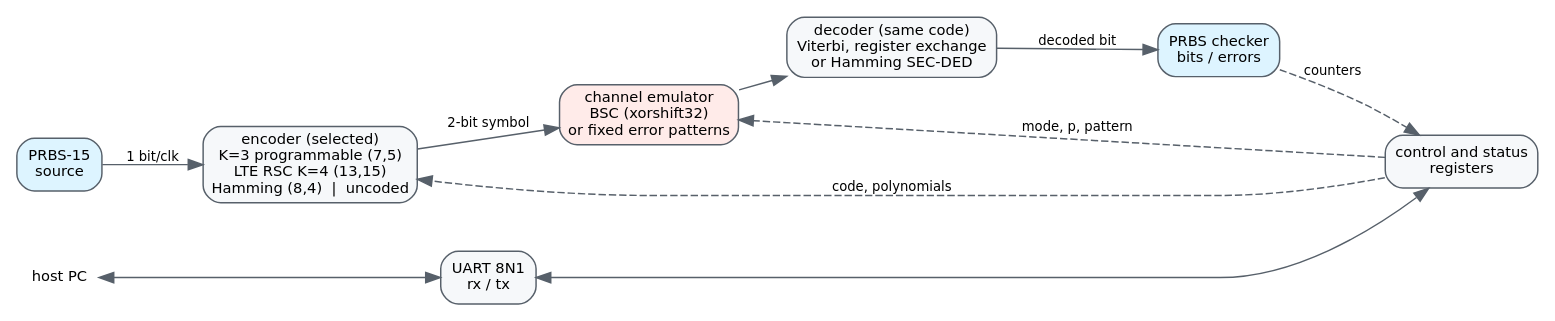
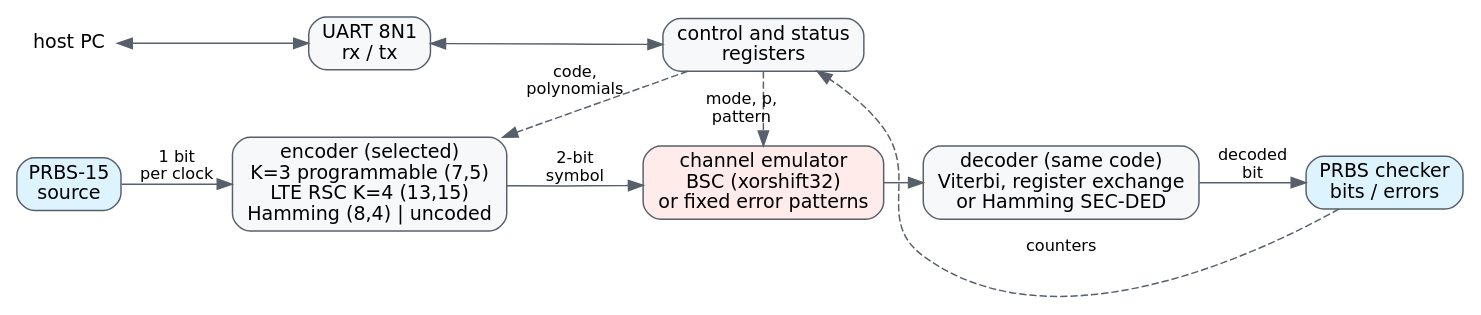
Before and after one commit to r800360/viterbi-fec-sv: the diagram in docs/block_diagram.dot, drawn with Graphviz. The commit also changed 5 other files, not shown here.

Commit message:
Fix the Graphviz figures and redraw the trellis

```diff
--- a/docs/block_diagram.dot
+++ b/docs/block_diagram.dot
@@ -1,26 +1,30 @@
-// The FEC link (rtl/fec_link_top.sv): data path left to right, host control below.
+// The FEC link (rtl/fec_link_top.sv): data path left to right, host control on a second row.
 digraph link {
-  rankdir=LR; bgcolor="white"; nodesep=0.3; ranksep=0.45; newrank=true;
-  node [shape=box, style="rounded,filled", fillcolor="#f6f8fa", color="#57606a", fontname="DejaVu Sans", fontsize=10];
-  edge [color="#57606a", fontname="DejaVu Sans", fontsize=9];
+  rankdir=LR; bgcolor="white"; nodesep=0.35; ranksep=0.35; newrank=true;
+  node [shape=box, style="rounded,filled", fillcolor="#f6f8fa", color="#57606a", fontname="DejaVu Sans", fontsize=13];
+  edge [color="#57606a", fontname="DejaVu Sans", fontsize=11];
 
   src  [label="PRBS-15\nsource", fillcolor="#ddf4ff"];
-  enc  [label="encoder (selected)\nK=3 programmable (7,5)\nLTE RSC K=4 (13,15)\nHamming (8,4)  |  uncoded"];
+  enc  [label="encoder (selected)\nK=3 programmable (7,5)\nLTE RSC K=4 (13,15)\nHamming (8,4) | uncoded"];
   ch   [label="channel emulator\nBSC (xorshift32)\nor fixed error patterns", fillcolor="#ffebe9"];
   dec  [label="decoder (same code)\nViterbi, register exchange\nor Hamming SEC-DED"];
   chk  [label="PRBS checker\nbits / errors", fillcolor="#ddf4ff"];
-  src -> enc [label="1 bit/clk"];
-  enc -> ch  [label="2-bit symbol"];
+  src -> enc [label="1 bit\nper clock"];
+  enc -> ch  [label="2-bit\nsymbol"];
   ch  -> dec;
-  dec -> chk [label="decoded bit"];
+  dec -> chk [label="decoded\nbit"];
 
   host [label="host PC", shape=plaintext, style="", fillcolor="none"];
   uart [label="UART 8N1\nrx / tx"];
   regs [label="control and status\nregisters"];
   host -> uart [dir=both];
   uart -> regs [dir=both];
-  regs -> enc [style=dashed, label="code, polynomials"];
-  regs -> ch  [style=dashed, label="mode, p, pattern"];
-  chk  -> regs [style=dashed, label="counters"];
+  regs -> enc [style=dashed, label="code,\npolynomials", constraint=false];
+  regs -> ch  [style=dashed, label="mode, p,\npattern"];
+  chk  -> regs [style=dashed, label="counters", constraint=false];
+
+  // columns: control sits under the data path instead of after it
   {rank=same; src; host;}
+  {rank=same; enc; uart;}
+  {rank=same; ch; regs;}
 }
```
